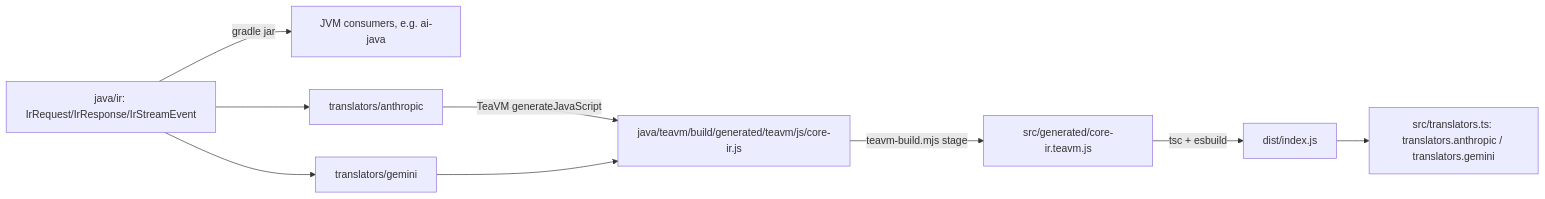
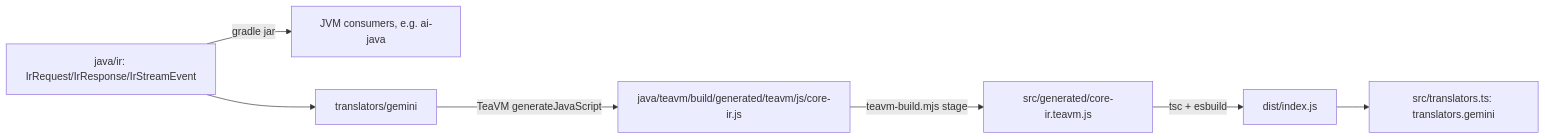
Before and after one commit to intisy-ai/core-ir: the diagram in README.md, drawn with Mermaid. The commit also changed other lines of this file and 40 other files, not shown here.

````diff
--- a/README.md
+++ b/README.md
@@ -19,11 +16,9 @@
 ```mermaid
 flowchart LR
   IR[java/ir: IrRequest/IrResponse/IrStreamEvent] -->|gradle jar| JVM[JVM consumers, e.g. ai-java]
-  IR --> ANT[translators/anthropic]
   IR --> GEM[translators/gemini]
-  ANT -->|TeaVM generateJavaScript| GEN[java/teavm/build/generated/teavm/js/core-ir.js]
-  GEM --> GEN
+  GEM -->|TeaVM generateJavaScript| GEN[java/teavm/build/generated/teavm/js/core-ir.js]
   GEN -->|teavm-build.mjs stage| STAGED[src/generated/core-ir.teavm.js]
   STAGED -->|tsc + esbuild| DIST[dist/index.js]
-  DIST --> API["src/translators.ts: translators.anthropic / translators.gemini"]
+  DIST --> API["src/translators.ts: translators.gemini"]
 ```
````
